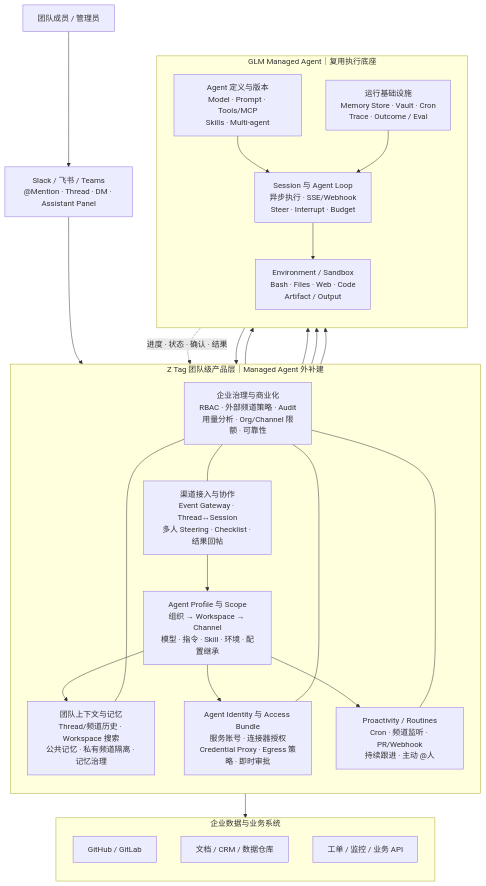
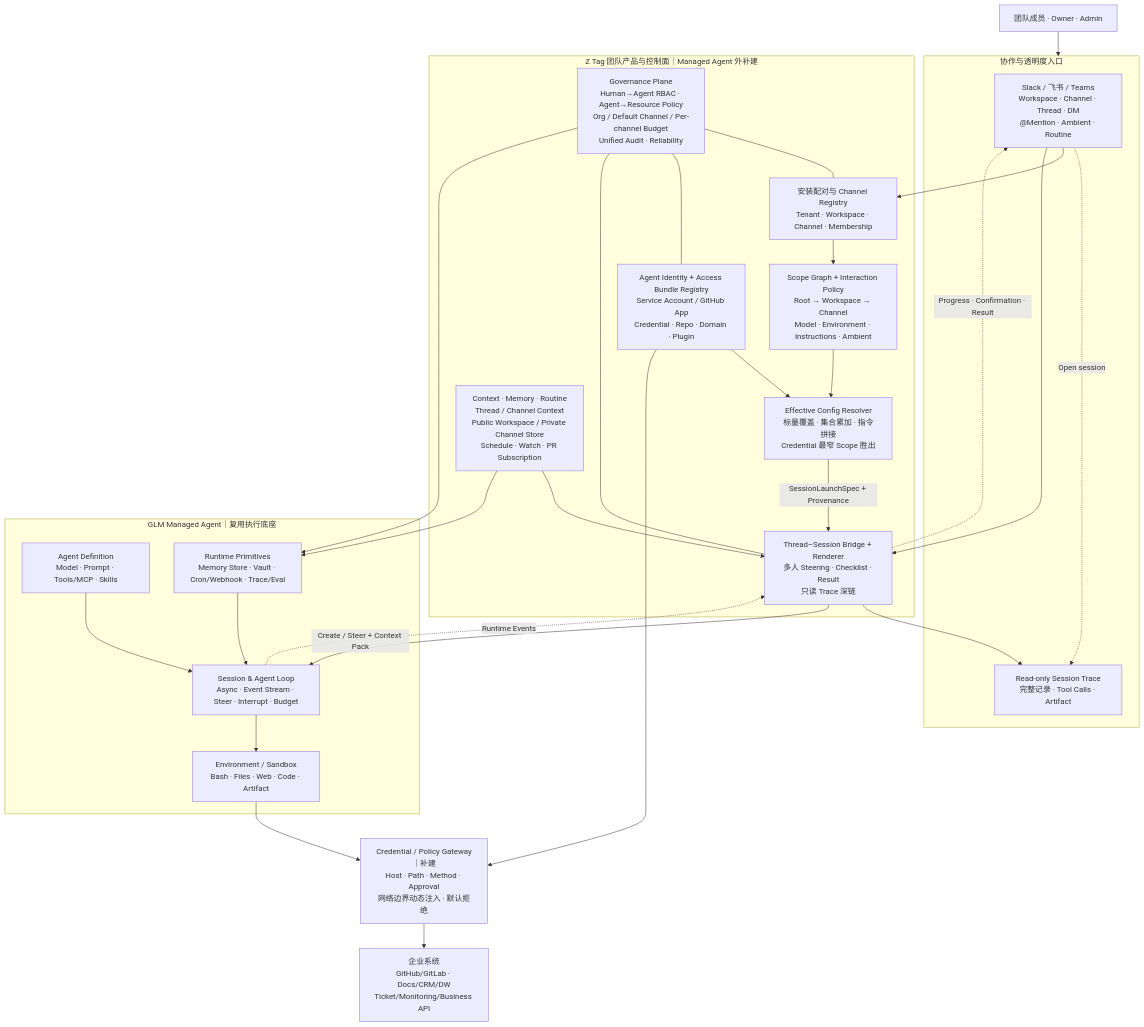
Before and after one commit to hongliang-zhang/z-tag-by-managed-agent: the diagram in diagrams/unified-architecture.mmd, drawn with Mermaid. The commit also changed other lines of this file, not shown here.

```diff
--- a/diagrams/unified-architecture.mmd
+++ b/diagrams/unified-architecture.mmd
@@ -1,51 +1,52 @@
 flowchart TB
-    U["团队成员 / 管理员"] --> CH["Slack / 飞书 / Teams<br/>@Mention · Thread · DM · Assistant Panel"]
+    U["团队成员 · Owner · Admin"] --> S
 
-    subgraph TAG["Z Tag 团队级产品层｜Managed Agent 外补建"]
-        direction TB
-        T1["渠道接入与协作<br/>Event Gateway · Thread↔Session<br/>多人 Steering · Checklist · 结果回帖"]
-        T2["Agent Profile 与 Scope<br/>组织 → Workspace → Channel<br/>模型 · 指令 · Skill · 环境 · 配置继承"]
-        T3["团队上下文与记忆<br/>Thread/频道历史 · Workspace 搜索<br/>公共记忆 · 私有频道隔离 · 记忆治理"]
-        T4["Agent Identity 与 Access Bundle<br/>服务账号 · 连接器授权<br/>Credential Proxy · Egress 策略 · 即时审批"]
-        T5["Proactivity / Routines<br/>Cron · 频道监听 · PR/Webhook<br/>持续跟进 · 主动 @人"]
-        T6["企业治理与商业化<br/>RBAC · 外部频道策略 · Audit<br/>用量分析 · Org/Channel 限额 · 可靠性"]
-
-        T1 --> T2
-        T2 --> T3
-        T2 --> T4
-        T2 --> T5
-        T6 --- T1
-        T6 --- T3
-        T6 --- T4
-        T6 --- T5
+    subgraph S["协作与透明度入口"]
+        C["Slack / 飞书 / Teams<br/>Workspace · Channel · Thread · DM<br/>@Mention · Ambient · Routine"]
+        V["Read-only Session Trace<br/>完整记录 · Tool Calls · Artifact"]
+        C -. "Open session" .-> V
     end
 
-    CH --> T1
+    subgraph Z["Z Tag 团队产品与控制面｜Managed Agent 外补建"]
+        A["安装配对与 Channel Registry<br/>Tenant · Workspace · Channel · Membership"]
+        B["Scope Graph + Interaction Policy<br/>Root → Workspace → Channel<br/>Model · Environment · Instructions · Ambient"]
+        I["Agent Identity + Access Bundle Registry<br/>Service Account / GitHub App<br/>Credential · Repo · Domain · Plugin"]
+        R["Effective Config Resolver<br/>标量覆盖 · 集合累加 · 指令拼接<br/>Credential 最窄 Scope 胜出"]
+        T["Thread–Session Bridge + Renderer<br/>多人 Steering · Checklist · Result<br/>只读 Trace 深链"]
+        L["Context · Memory · Routine<br/>Thread / Channel Context<br/>Public Workspace / Private Channel Store<br/>Schedule · Watch · PR Subscription"]
+        G["Governance Plane<br/>Human→Agent RBAC · Agent→Resource Policy<br/>Org / Default Channel / Per-channel Budget<br/>Unified Audit · Reliability"]
 
-    subgraph MA["GLM Managed Agent｜复用执行底座"]
-        direction TB
-        M1["Agent 定义与版本<br/>Model · Prompt · Tools/MCP<br/>Skills · Multi-agent"]
-        M2["Session 与 Agent Loop<br/>异步执行 · SSE/Webhook<br/>Steer · Interrupt · Budget"]
-        M3["Environment / Sandbox<br/>Bash · Files · Web · Code<br/>Artifact / Output"]
-        M4["运行基础设施<br/>Memory Store · Vault · Cron<br/>Trace · Outcome / Eval"]
+        A --> B
+        B --> R
+        I --> R
+        R -->|"SessionLaunchSpec + Provenance"| T
+        L --> T
+        G --- A
+        G --- I
+        G --- T
+    end
 
-        M1 --> M2
-        M2 --> M3
+    C --> A
+    C --> T
+    T -. "Progress · Confirmation · Result" .-> C
+    T --> V
+
+    subgraph M["GLM Managed Agent｜复用执行底座"]
+        M1["Agent Definition<br/>Model · Prompt · Tools/MCP · Skills"]
+        M2["Session & Agent Loop<br/>Async · Event Stream · Steer · Interrupt · Budget"]
+        M3["Environment / Sandbox<br/>Bash · Files · Web · Code · Artifact"]
+        M4["Runtime Primitives<br/>Memory Store · Vault · Cron/Webhook · Trace/Eval"]
+        M1 --> M2 --> M3
         M4 --> M2
     end
 
-    T2 --> M1
-    T1 --> M2
-    T3 --> M4
-    T5 --> M4
-    M2 -. "进度 · 状态 · 确认 · 结果" .-> T1
+    T -->|"Create / Steer + Context Pack"| M2
+    M2 -. "Runtime Events" .-> T
+    L --> M4
+    G --> M4
 
-    subgraph EXT["企业数据与业务系统"]
-        direction TB
-        X1["GitHub / GitLab"]
-        X2["文档 / CRM / 数据仓库"]
-        X3["工单 / 监控 / 业务 API"]
-    end
+    P["Credential / Policy Gateway｜补建<br/>Host · Path · Method · Approval<br/>网络边界动态注入 · 默认拒绝"]
+    X["企业系统<br/>GitHub/GitLab · Docs/CRM/DW<br/>Ticket/Monitoring/Business API"]
 
-    M3 --> T4
-    T4 --> EXT
+    I --> P
+    M3 --> P --> X
```
